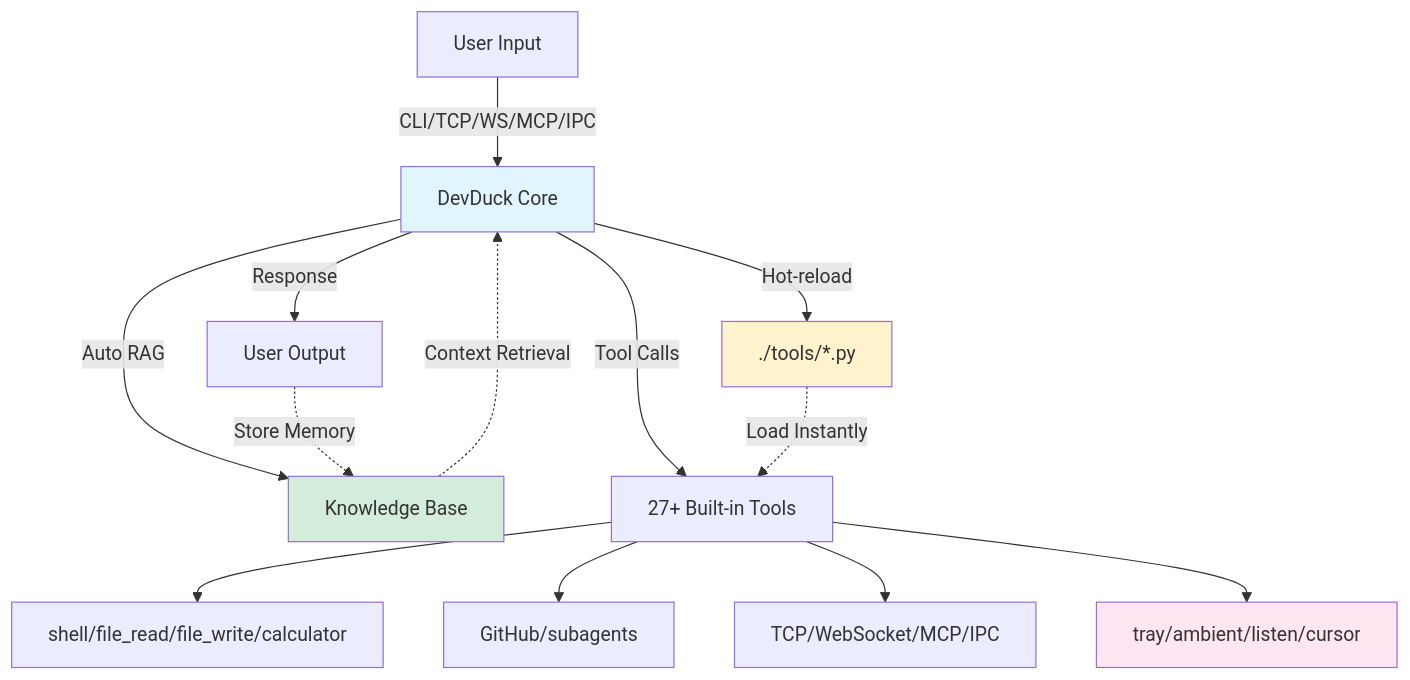
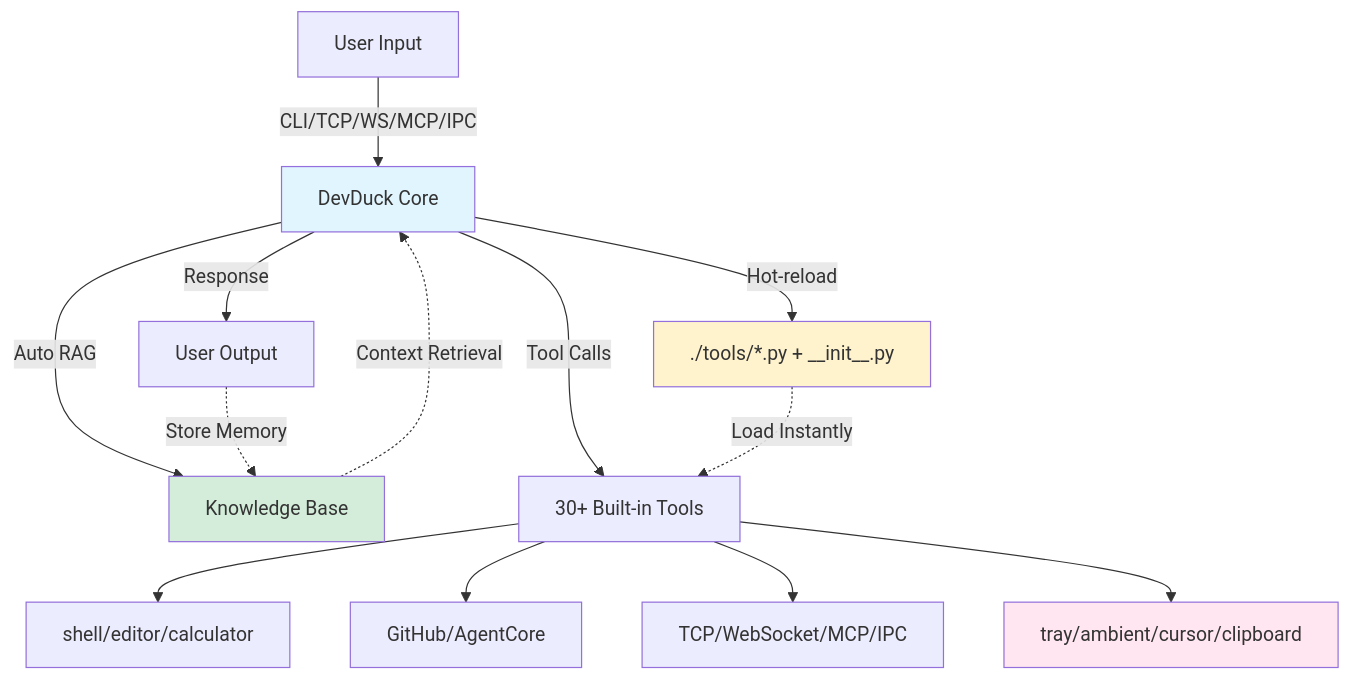
Before and after one commit to cagataycali/devduck: the diagram in README.md, drawn with Mermaid. The commit also changed other lines of this file and 14 other files, not shown here.

First line of the commit message:
feat: Add AgentCore tools and flexible tool configuration

````diff
--- a/README.md
+++ b/README.md
@@ -87,20 +39,20 @@
 ```mermaid
 graph TB
     A[User Input] -->|CLI/TCP/WS/MCP/IPC| B[DevDuck Core]
     B -->|Auto RAG| C[Knowledge Base]
     C -.->|Context Retrieval| B
-    B -->|Tool Calls| D[27+ Built-in Tools]
-    D --> E[shell/file_read/file_write/calculator]
-    D --> F[GitHub/subagents]
+    B -->|Tool Calls| D[30+ Built-in Tools]
+    D --> E[shell/editor/calculator]
+    D --> F[GitHub/AgentCore]
     D --> G[TCP/WebSocket/MCP/IPC]
-    D --> H[tray/ambient/listen/cursor]
-    B -->|Hot-reload| I[./tools/*.py]
+    D --> H[tray/ambient/cursor/clipboard]
+    B -->|Hot-reload| I[./tools/*.py + __init__.py]
     I -.->|Load Instantly| D
     B -->|Response| J[User Output]
     J -.->|Store Memory| C
     
     style B fill:#e1f5ff
     style C fill:#d4edda
     style I fill:#fff3cd
     style H fill:#ffe6f0
 ```
````
